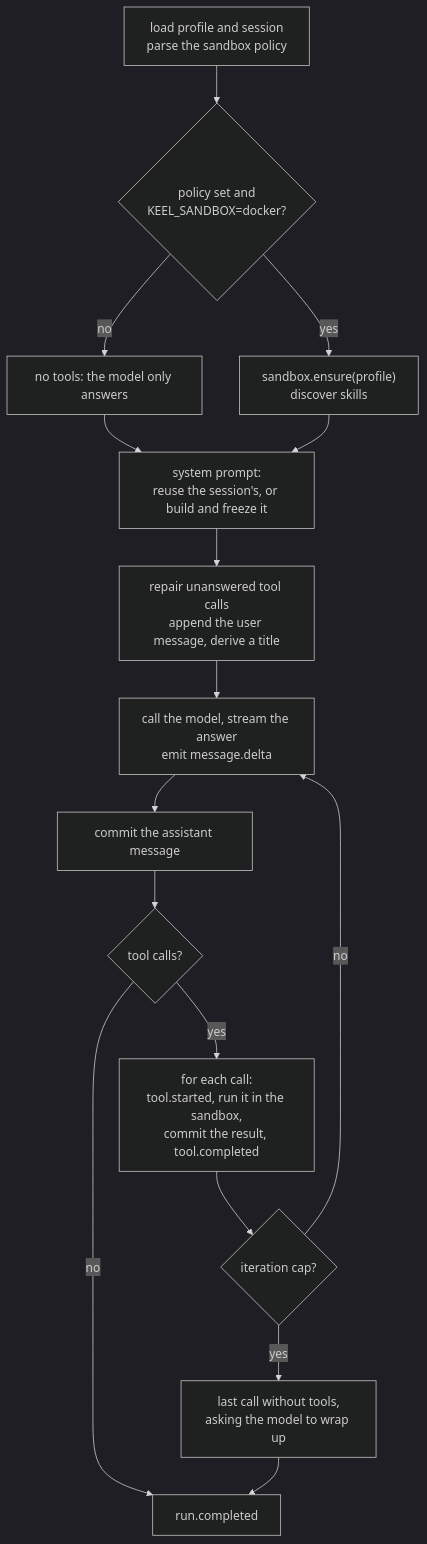
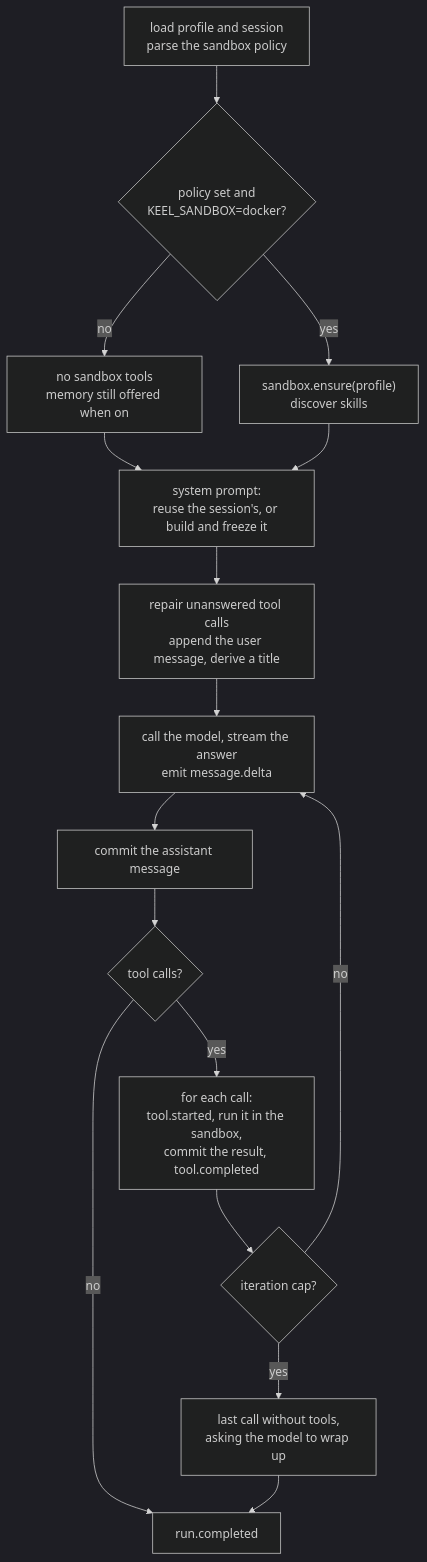
Before and after one commit to ryang420/agent-keel: the fifth of 9 diagrams in docs/architecture.md, drawn with Mermaid (dark theme). The commit also changed other lines of this file and 9 other files, not shown here.

Commit message:
docs: model titles, the memory tool and background review

````diff
--- a/docs/architecture.md
+++ b/docs/architecture.md
@@ -279,18 +289,18 @@
 ```mermaid
 flowchart TB
     A["load profile and session<br/>parse the sandbox policy"] --> B{"policy set and<br/>KEEL_SANDBOX=docker?"}
-    B -->|no| C["no tools: the model only answers"]
+    B -->|no| C["no sandbox tools<br/>memory still offered when on"]
     B -->|yes| D["sandbox.ensure(profile)<br/>discover skills"]
     C --> E
     D --> E["system prompt:<br/>reuse the session's, or build and freeze it"]
     E --> F["repair unanswered tool calls<br/>append the user message, derive a title"]
     F --> G["call the model, stream the answer<br/>emit message.delta"]
     G --> H["commit the assistant message"]
     H --> I{"tool calls?"}
     I -->|no| J["run.completed"]
     I -->|yes| K["for each call:<br/>tool.started, run it in the sandbox,<br/>commit the result, tool.completed"]
     K --> L{"iteration cap?"}
     L -->|no| G
     L -->|yes| M["last call without tools,<br/>asking the model to wrap up"]
     M --> J
 ```
````
